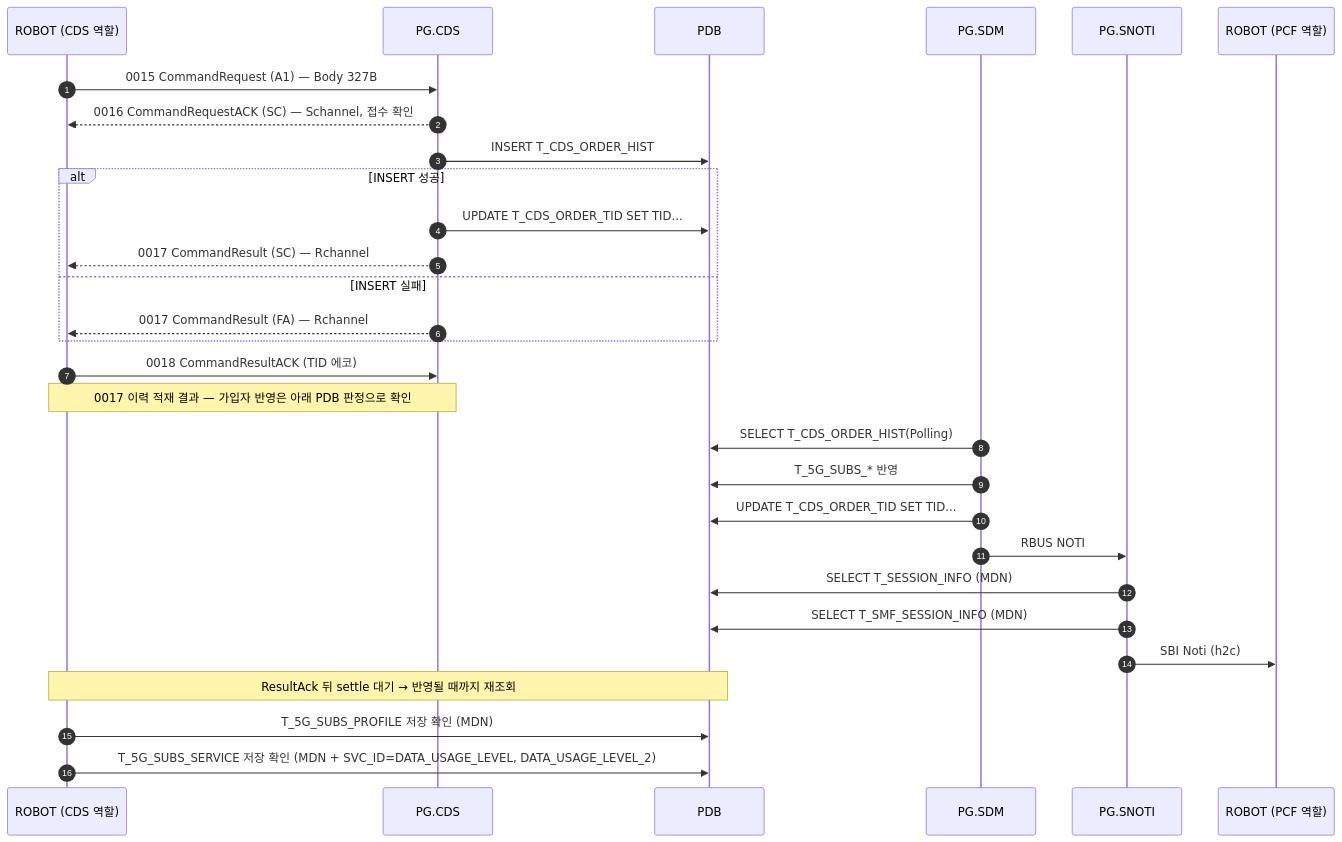
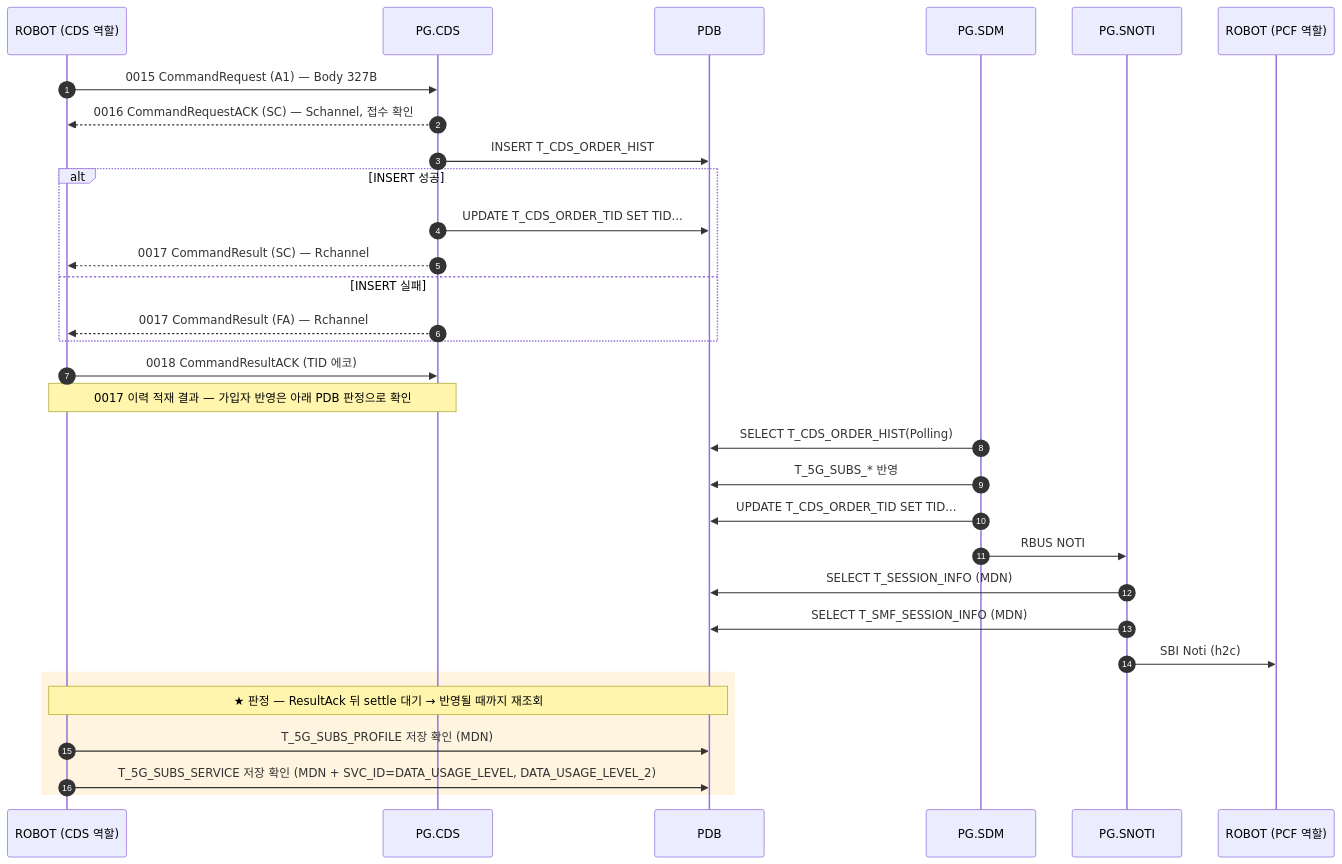
The diagram in docs/callflow/CDS_A1.md (IanKim2030/tc4robot), drawn with Mermaid before and after one commit. The commit also changed 19 other files, not shown here.

````diff
--- a/docs/callflow/CDS_A1.md
+++ b/docs/callflow/CDS_A1.md
@@ -17,33 +17,35 @@
 ```mermaid
 sequenceDiagram
     autonumber
     participant TOOL as ROBOT (CDS 역할)
     participant PCDS as PG.CDS
     participant PDB as PDB
     participant SDM as PG.SDM
     participant SNOTI as PG.SNOTI
     participant PCF as ROBOT (PCF 역할)
 
     TOOL->>PCDS: 0015 CommandRequest (A1) — Body 327B
     PCDS-->>TOOL: 0016 CommandRequestACK (SC) — Schannel, 접수 확인
     PCDS->>PDB: INSERT T_CDS_ORDER_HIST
     alt INSERT 성공
         PCDS->>PDB: UPDATE T_CDS_ORDER_TID SET TID...
         PCDS-->>TOOL: 0017 CommandResult (SC) — Rchannel
     else INSERT 실패
         PCDS-->>TOOL: 0017 CommandResult (FA) — Rchannel
     end
     TOOL->>PCDS: 0018 CommandResultACK (TID 에코)
     Note over TOOL,PCDS: 0017 이력 적재 결과 — 가입자 반영은 아래 PDB 판정으로 확인
 
     SDM->>PDB: SELECT T_CDS_ORDER_HIST(Polling)
     SDM->>PDB: T_5G_SUBS_* 반영
     SDM->>PDB: UPDATE T_CDS_ORDER_TID SET TID...
     SDM->>SNOTI: RBUS NOTI
     SNOTI->>PDB: SELECT T_SESSION_INFO (MDN)
     SNOTI->>PDB: SELECT T_SMF_SESSION_INFO (MDN)
     SNOTI->>PCF: SBI Noti (h2c)
-    Note over TOOL,PDB: ResultAck 뒤 settle 대기 → 반영될 때까지 재조회
-    TOOL->>PDB: T_5G_SUBS_PROFILE 저장 확인 (MDN)
-    TOOL->>PDB: T_5G_SUBS_SERVICE 저장 확인 (MDN + SVC_ID=DATA_USAGE_LEVEL, DATA_USAGE_LEVEL_2)
+    rect rgba(255, 176, 32, 0.14)
+    Note over TOOL,PDB: ★ 판정 — ResultAck 뒤 settle 대기 → 반영될 때까지 재조회
+        TOOL->>PDB: T_5G_SUBS_PROFILE 저장 확인 (MDN)
+        TOOL->>PDB: T_5G_SUBS_SERVICE 저장 확인 (MDN + SVC_ID=DATA_USAGE_LEVEL, DATA_USAGE_LEVEL_2)
+    end
 ```
````
